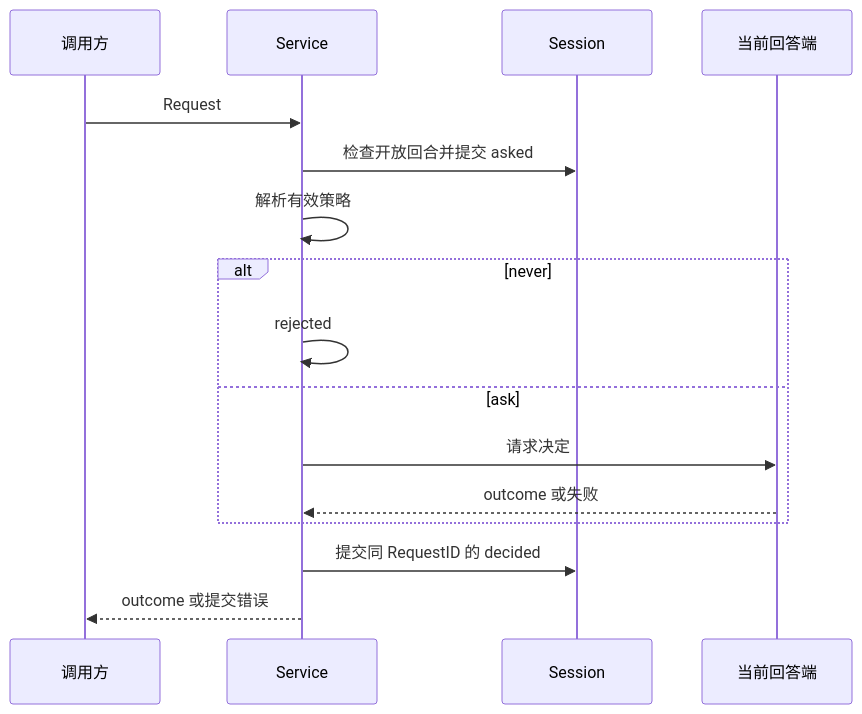
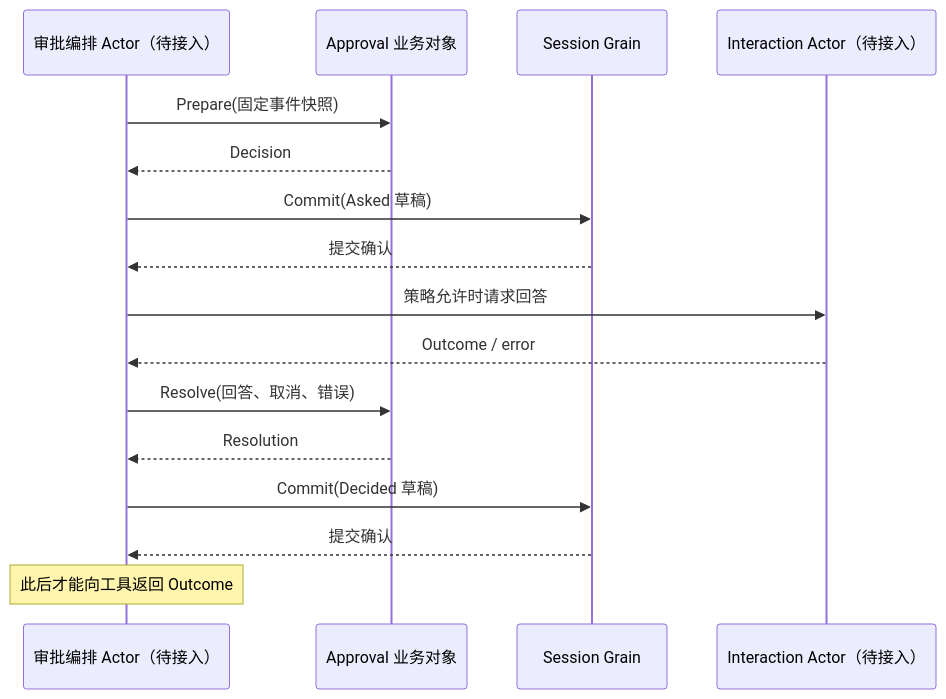
One commit to gorenx/goren changed the diagram in approval/README.zh-CN.md. Above: the diagram before and after it, drawn with Mermaid. The commit also changed other lines of this file and 7 other files, not shown here.

````diff
--- a/approval/README.zh-CN.md
+++ b/approval/README.zh-CN.md
@@ -45,18 +20,18 @@
 ```mermaid
 sequenceDiagram
-    participant Caller as 调用方
-    participant Approval as Service
-    participant Session as Session
-    participant Answerer as 当前回答端
-    Caller->>Approval: Request
-    Approval->>Session: 检查开放回合并提交 asked
-    Approval->>Approval: 解析有效策略
-    alt never
-        Approval->>Approval: rejected
-    else ask
-        Approval->>Answerer: 请求决定
-        Answerer-->>Approval: outcome 或失败
-    end
-    Approval->>Session: 提交同 RequestID 的 decided
-    Approval-->>Caller: outcome 或提交错误
+    participant A as 审批编排 Actor（待接入）
+    participant B as Approval 业务对象
+    participant S as Session Grain
+    participant I as Interaction Actor（待接入）
+    A->>B: Prepare(固定事件快照)
+    B-->>A: Decision
+    A->>S: Commit(Asked 草稿)
+    S-->>A: 提交确认
+    A->>I: 策略允许时请求回答
+    I-->>A: Outcome / error
+    A->>B: Resolve(回答、取消、错误)
+    B-->>A: Resolution
+    A->>S: Commit(Decided 草稿)
+    S-->>A: 提交确认
+    Note over A: 此后才能向工具返回 Outcome
 ```
````
